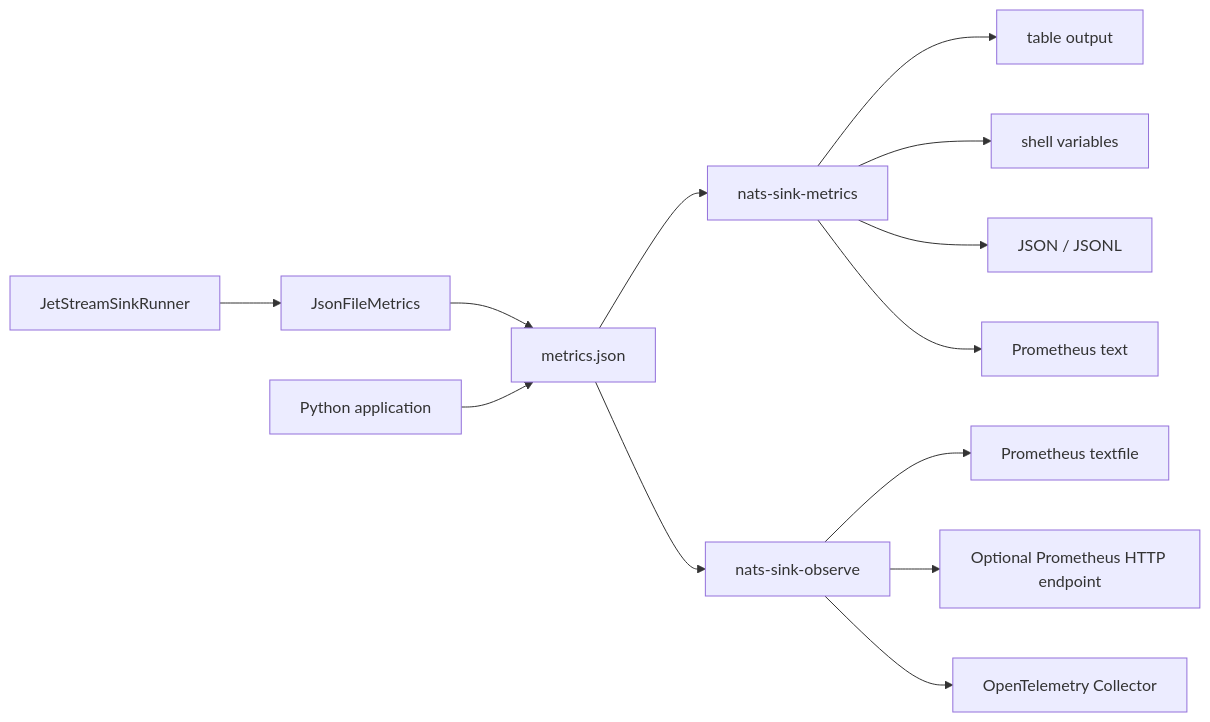
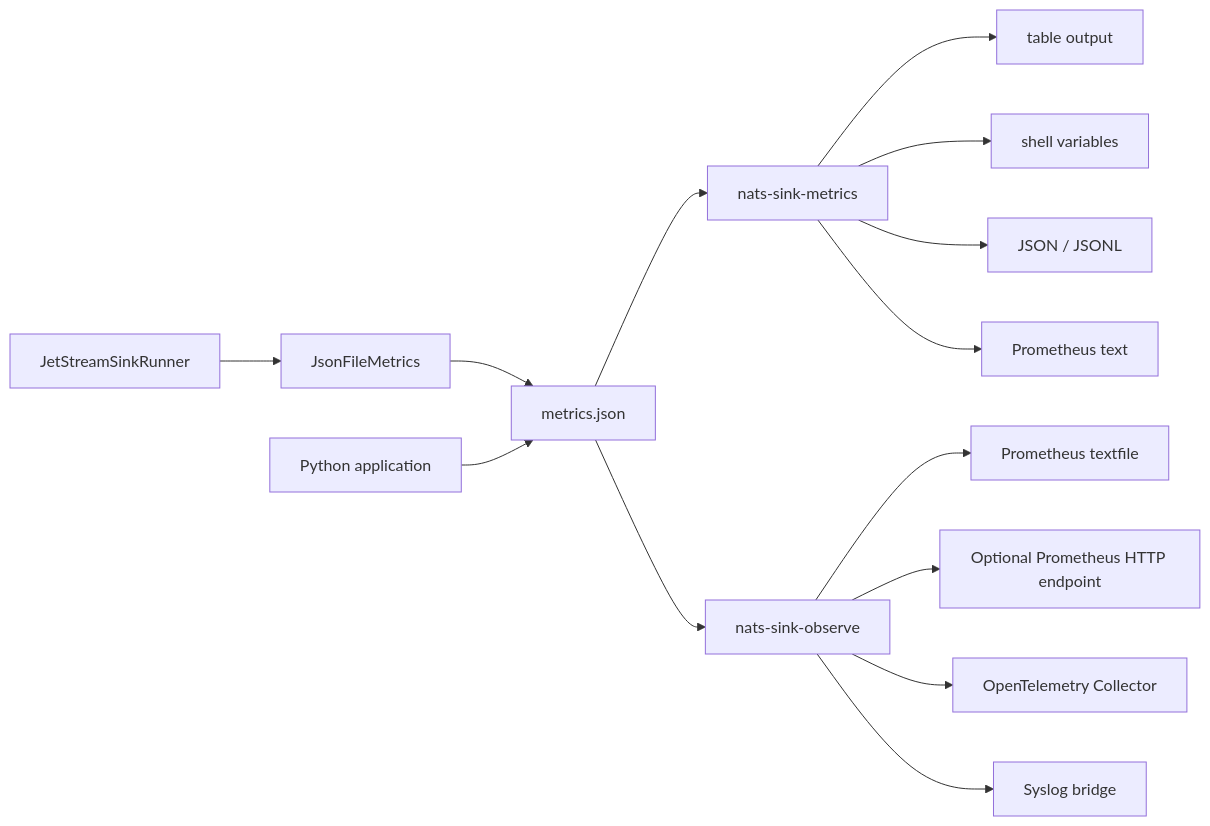
Before and after one commit to ProjectCuillin/nats-sinks: the diagram in docs/metrics.md, drawn with Mermaid. The commit also changed other lines of this file and 26 other files, not shown here.

Commit message:
Add syslog observability bridge

````diff
--- a/docs/metrics.md
+++ b/docs/metrics.md
@@ -58,15 +58,16 @@
 ```mermaid
 flowchart LR
     Runner[JetStreamSinkRunner] --> Recorder[JsonFileMetrics]
     Recorder --> Snapshot[metrics.json]
     Snapshot --> CLI[nats-sink-metrics]
     CLI --> Human[table output]
     CLI --> Shell[shell variables]
     CLI --> JSON[JSON / JSONL]
     CLI --> PromText[Prometheus text]
     Python[Python application] --> Snapshot
     Snapshot --> Observe[nats-sink-observe]
     Observe --> Textfile[Prometheus textfile]
     Observe --> Http[Optional Prometheus HTTP endpoint]
     Observe --> OTLP[OpenTelemetry Collector]
+    Observe --> Syslog[Syslog bridge]
 ```
````
